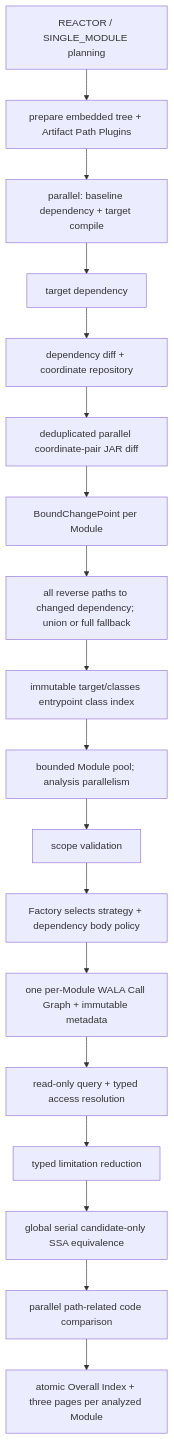
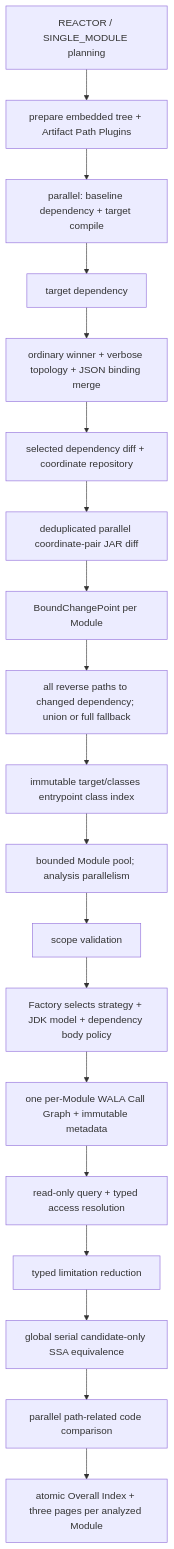
The diagram in wiki/architecture/dependency-analysis-pipelines.md (ymyii/change-impact-analyze), drawn with Mermaid before and after one commit. The commit also changed other lines of this file and 85 other files, not shown here.

First line of the commit message:
feat(impact): unify dependency evidence and JDK models

````diff
--- a/wiki/architecture/dependency-analysis-pipelines.md
+++ b/wiki/architecture/dependency-analysis-pipelines.md
@@ -42,20 +52,21 @@
 ```mermaid
 flowchart TD
   Scope["REACTOR / SINGLE_MODULE planning"] --> Plugin["prepare embedded tree + Artifact Path Plugins"]
   Plugin --> Front
   Front["parallel: baseline dependency + target compile"] --> TargetDep["target dependency"]
-  TargetDep --> DepDiff["dependency diff + coordinate repository"]
+  TargetDep --> Merge["ordinary winner + verbose topology + JSON binding merge"]
+  Merge --> DepDiff["selected dependency diff + coordinate repository"]
   DepDiff --> JarDiff["deduplicated parallel coordinate-pair JAR diff"]
   JarDiff --> Bind["BoundChangePoint per Module"]
   Bind --> PathPlan["all reverse paths to changed dependency; union or full fallback"]
   PathPlan --> EntrySelection["immutable target/classes entrypoint class index"]
   EntrySelection --> ModulePool["bounded Module pool; analysis parallelism"]
   ModulePool --> ScopeValidation["scope validation"]
-  ScopeValidation --> Strategy["Factory selects strategy + dependency body policy"]
+  ScopeValidation --> Strategy["Factory selects strategy + JDK model + dependency body policy"]
   Strategy --> CFA["one per-Module WALA Call Graph + immutable metadata"]
   CFA --> Query["read-only query + typed access resolution"]
   Query --> Coverage["typed limitation reduction"]
   Coverage --> SSA["global serial candidate-only SSA equivalence"]
   SSA --> Decompile["parallel path-related code comparison"]
   Decompile --> Report["atomic Overall Index + three pages per analyzed Module"]
 ```
````
